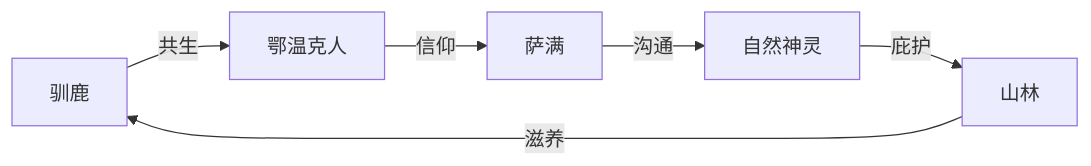
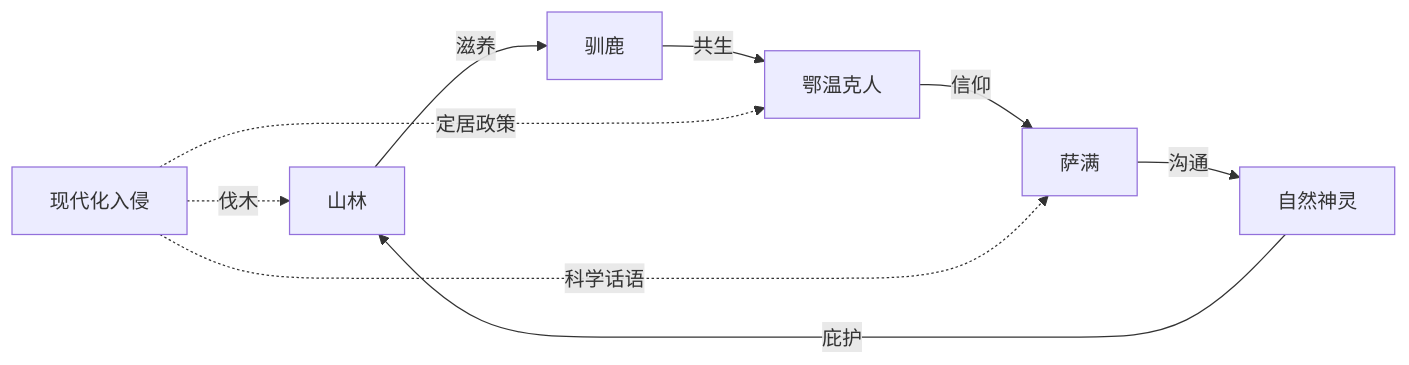
One commit to xdawayer/obsidian changed the first of 2 diagrams in 知识库/文学类/《额尔古纳河右岸》 - 迟子建.md. Above: the diagram before and after it, drawn with Mermaid. The commit also changed other lines of this file and 13 other files, not shown here.

````diff
--- a/知识库/文学类/《额尔古纳河右岸》 - 迟子建.md
+++ b/知识库/文学类/《额尔古纳河右岸》 - 迟子建.md
@@ -113,8 +111,11 @@
 ```mermaid
 graph LR
-    A[驯鹿] -->|共生| B[鄂温克人]
-    B -->|信仰| C[萨满]
-    C -->|沟通| D[自然神灵]
-    D -->|庇护| E[山林]
-    E -->|滋养| A
+    A[山林] -->|滋养| B[驯鹿]
+    B -->|共生| C[鄂温克人]
+    C -->|信仰| D[萨满]
+    D -->|沟通| E[自然神灵]
+    E -->|庇护| A
+    F[现代化入侵] -.->|伐木| A
+    F -.->|定居政策| C
+    F -.->|科学话语| D
 ```
````
